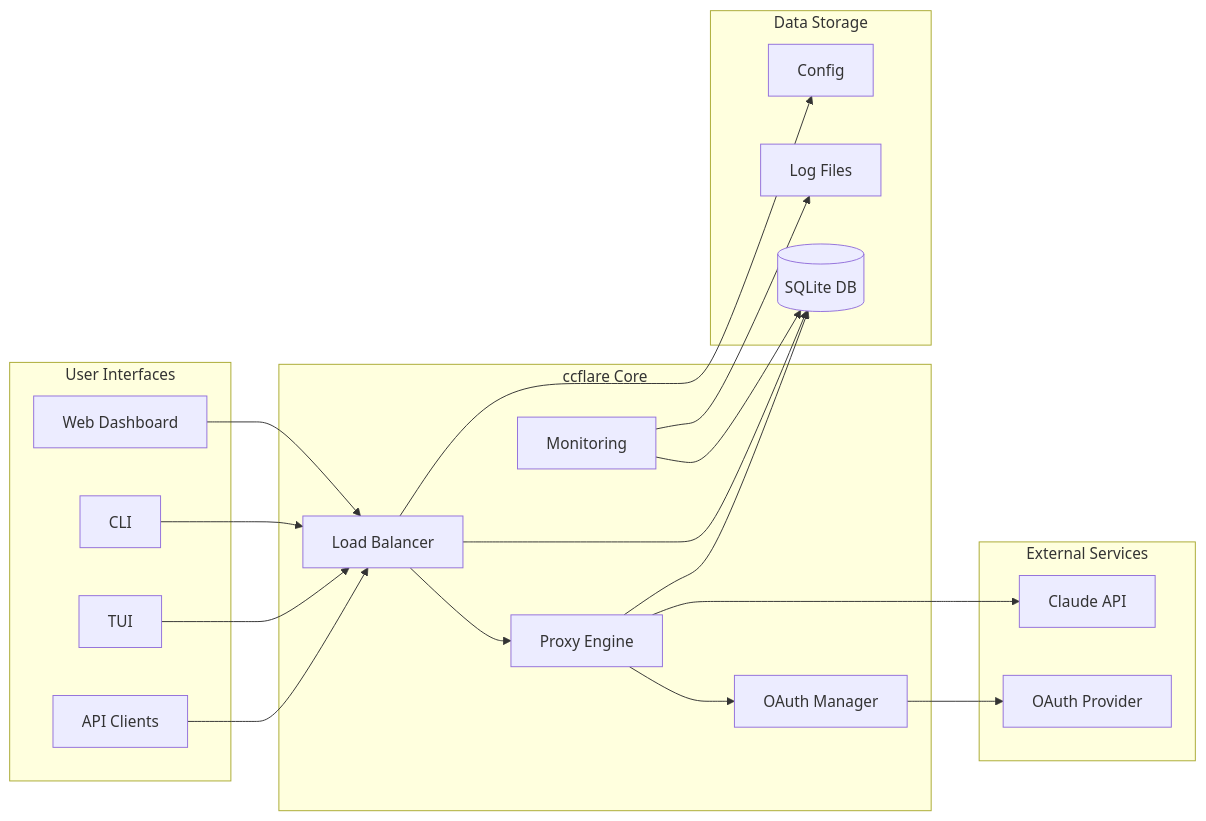
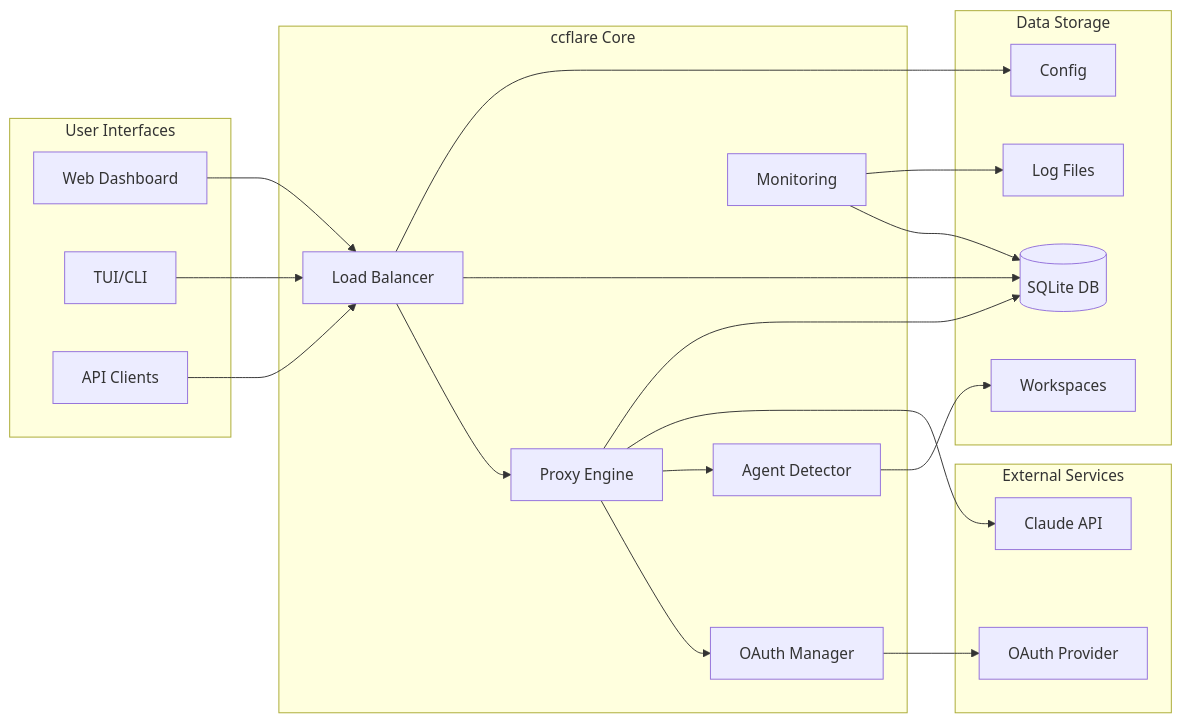
One commit to tombii/better-ccflare changed the first of 25 diagrams in docs/architecture.md. Above: the diagram before and after it, drawn with Mermaid. The commit also changed other lines of this file and 14 other files, not shown here.

First line of the commit message:
docs(docs): overhaul architecture and CLI documentation

````diff
--- a/docs/architecture.md
+++ b/docs/architecture.md
@@ -11,43 +11,45 @@
 ```mermaid
 graph LR
     subgraph "User Interfaces"
         UI1[Web Dashboard]
-        UI2[CLI]
-        UI3[TUI]
-        UI4[API Clients]
+        UI2[TUI/CLI]
+        UI3[API Clients]
     end
     
     subgraph "ccflare Core"
         LB[Load Balancer]
         PROXY[Proxy Engine]
         AUTH[OAuth Manager]
         MON[Monitoring]
+        AGENT[Agent Detector]
     end
     
     subgraph "Data Storage"
         DB[(SQLite DB)]
         LOGS[Log Files]
         CFG[Config]
+        WS[Workspaces]
     end
     
     subgraph "External Services"
         CLAUDE[Claude API]
         OAUTH[OAuth Provider]
     end
     
     UI1 --> LB
     UI2 --> LB
     UI3 --> LB
-    UI4 --> LB
     
     LB --> PROXY
     PROXY --> AUTH
+    PROXY --> AGENT
     AUTH --> OAUTH
     PROXY --> CLAUDE
     
     LB --> DB
     PROXY --> DB
     MON --> DB
+    AGENT --> WS
     MON --> LOGS
     LB --> CFG
 ```
````
